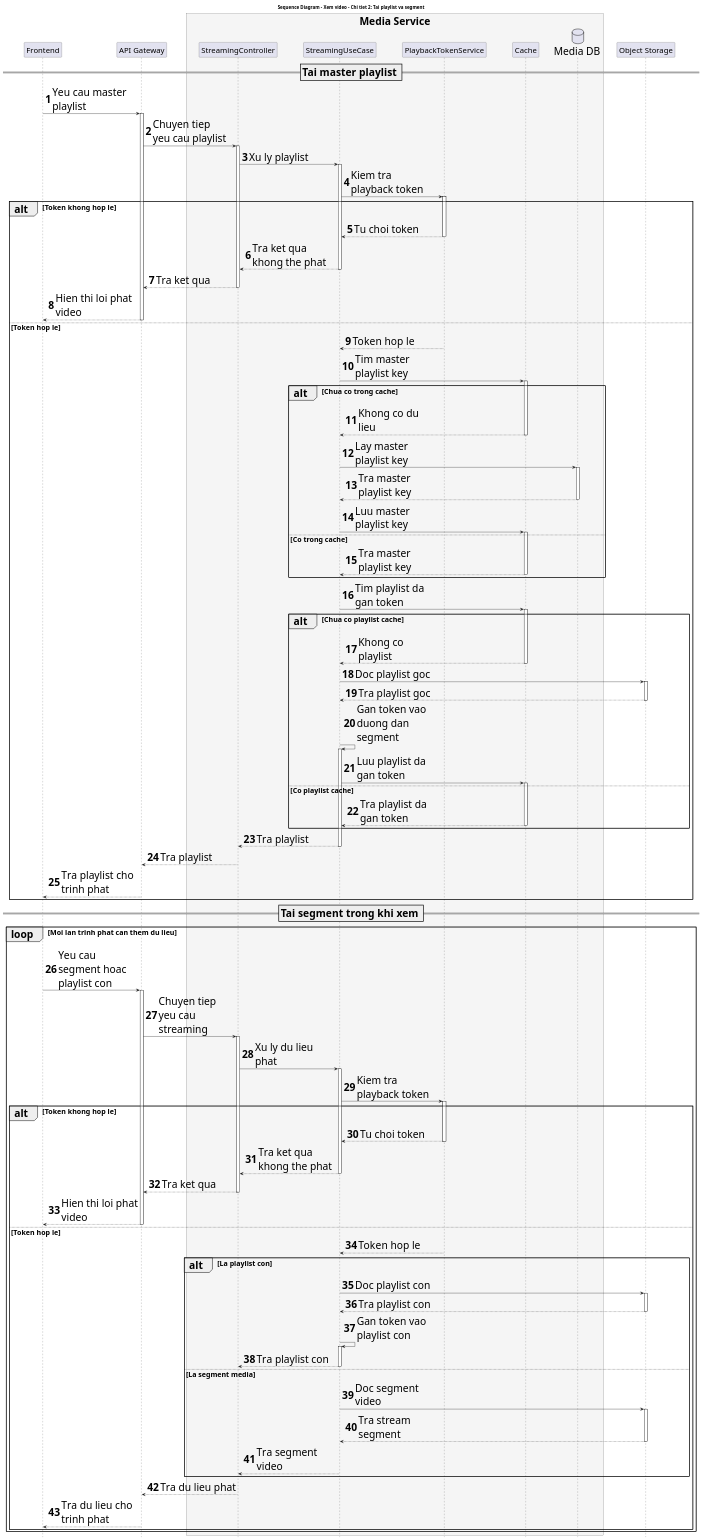
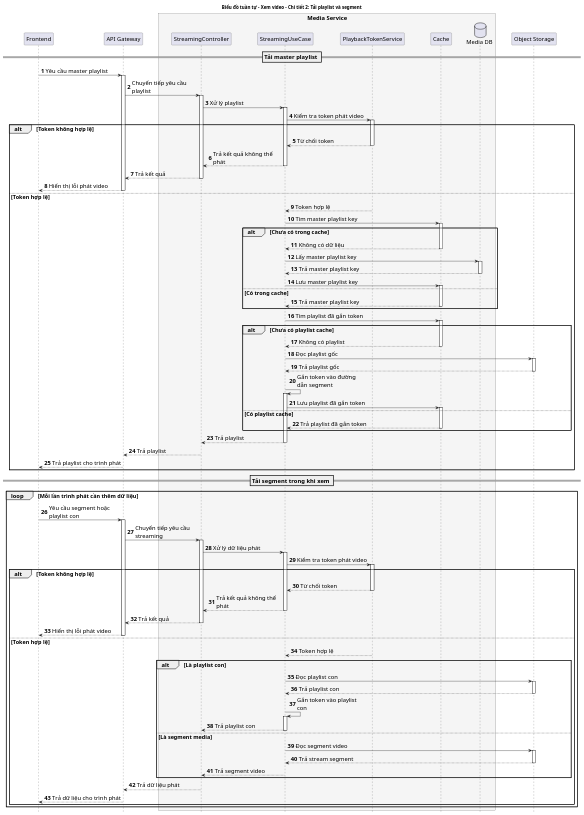
One commit to nanhph04/media-serivce-da changed the diagram in docs/sequence-diagrams/watch-video/watch-video-detail-02-streaming-data.puml. Above: the diagram before and after it, drawn with PlantUML. The commit also changed 36 other files, not shown here.

First line of the commit message:
Refactor and enhance activity and sequence diagrams for video management and admin channel locking

```diff
--- a/docs/sequence-diagrams/watch-video/watch-video-detail-02-streaming-data.puml
+++ b/docs/sequence-diagrams/watch-video/watch-video-detail-02-streaming-data.puml
@@ -1,105 +1,106 @@
 @startuml
-title Sequence Diagram - Xem video - Chi tiet 2: Tai playlist va segment
+title Biểu đồ tuần tự - Xem video - Chi tiết 2: Tải playlist và segment
 autonumber
 autoactivate on
 hide footbox
 
-skinparam maxMessageSize 240
+skinparam maxMessageSize 220
 skinparam ParticipantPadding 36
-skinparam defaultFontSize 32
+skinparam defaultFontSize 18
 skinparam sequence {
-  ActorFontSize 24
-  ParticipantFontSize 24
-  MessageFontSize 22
-  GroupFontSize 22
-  ReferenceFontSize 22
+  ActorFontSize 18
+  ParticipantFontSize 18
+  MessageFontSize 17
+  GroupFontSize 17
+  ReferenceFontSize 17
 }
+skinparam BoxPadding 8
 
 participant "Frontend" as FE
 participant "API Gateway" as GW
 
 box "Media Service" #F5F5F5
   participant "StreamingController" as SC
   participant "StreamingUseCase" as StreamUC
   participant "PlaybackTokenService" as Token
   participant "Cache" as Cache
   database "Media DB" as DB
 end box
 
 participant "Object Storage" as Storage
 
-== Tai master playlist ==
+== Tải master playlist ==
 
-FE -> GW: Yeu cau master playlist
-GW -> SC: Chuyen tiep yeu cau playlist
-SC -> StreamUC: Xu ly playlist
-StreamUC -> Token: Kiem tra playback token
+FE -> GW: Yêu cầu master playlist
+GW -> SC: Chuyển tiếp yêu cầu playlist
+SC -> StreamUC: Xử lý playlist
+StreamUC -> Token: Kiểm tra token phát video
 
-alt Token khong hop le
-  Token --> StreamUC: Tu choi token
-  StreamUC --> SC: Tra ket qua khong the phat
-  SC --> GW: Tra ket qua
-  GW --> FE: Hien thi loi phat video
-else Token hop le
-  Token --> StreamUC: Token hop le
-  StreamUC -> Cache: Tim master playlist key
+alt Token không hợp lệ
+  Token --> StreamUC: Từ chối token
+  StreamUC --> SC: Trả kết quả không thể phát
+  SC --> GW: Trả kết quả
+  GW --> FE: Hiển thị lỗi phát video
+else Token hợp lệ
+  Token --> StreamUC: Token hợp lệ
+  StreamUC -> Cache: Tìm master playlist key
 
-  alt Chua co trong cache
-    Cache --> StreamUC: Khong co du lieu
-    StreamUC -> DB: Lay master playlist key
-    DB --> StreamUC: Tra master playlist key
-    StreamUC -> Cache: Luu master playlist key
-  else Co trong cache
-    Cache --> StreamUC: Tra master playlist key
+  alt Chưa có trong cache
+    Cache --> StreamUC: Không có dữ liệu
+    StreamUC -> DB: Lấy master playlist key
+    DB --> StreamUC: Trả master playlist key
+    StreamUC -> Cache: Lưu master playlist key
+  else Có trong cache
+    Cache --> StreamUC: Trả master playlist key
   end
 
-  StreamUC -> Cache: Tim playlist da gan token
+  StreamUC -> Cache: Tìm playlist đã gắn token
 
-  alt Chua co playlist cache
-    Cache --> StreamUC: Khong co playlist
-    StreamUC -> Storage: Doc playlist goc
-    Storage --> StreamUC: Tra playlist goc
-    StreamUC -> StreamUC: Gan token vao duong dan segment
-    StreamUC -> Cache: Luu playlist da gan token
-  else Co playlist cache
-    Cache --> StreamUC: Tra playlist da gan token
+  alt Chưa có playlist cache
+    Cache --> StreamUC: Không có playlist
+    StreamUC -> Storage: Đọc playlist gốc
+    Storage --> StreamUC: Trả playlist gốc
+    StreamUC -> StreamUC: Gắn token vào đường dẫn segment
+    StreamUC -> Cache: Lưu playlist đã gắn token
+  else Có playlist cache
+    Cache --> StreamUC: Trả playlist đã gắn token
   end
 
-  StreamUC --> SC: Tra playlist
-  SC --> GW: Tra playlist
-  GW --> FE: Tra playlist cho trinh phat
+  StreamUC --> SC: Trả playlist
+  SC --> GW: Trả playlist
+  GW --> FE: Trả playlist cho trình phát
 end
 
-== Tai segment trong khi xem ==
+== Tải segment trong khi xem ==
 
-loop Moi lan trinh phat can them du lieu
-  FE -> GW: Yeu cau segment hoac playlist con
-  GW -> SC: Chuyen tiep yeu cau streaming
-  SC -> StreamUC: Xu ly du lieu phat
-  StreamUC -> Token: Kiem tra playback token
+loop Mỗi lần trình phát cần thêm dữ liệu
+  FE -> GW: Yêu cầu segment hoặc playlist con
+  GW -> SC: Chuyển tiếp yêu cầu streaming
+  SC -> StreamUC: Xử lý dữ liệu phát
+  StreamUC -> Token: Kiểm tra token phát video
 
-  alt Token khong hop le
-    Token --> StreamUC: Tu choi token
-    StreamUC --> SC: Tra ket qua khong the phat
-    SC --> GW: Tra ket qua
-    GW --> FE: Hien thi loi phat video
-  else Token hop le
-    Token --> StreamUC: Token hop le
+  alt Token không hợp lệ
+    Token --> StreamUC: Từ chối token
+    StreamUC --> SC: Trả kết quả không thể phát
+    SC --> GW: Trả kết quả
+    GW --> FE: Hiển thị lỗi phát video
+  else Token hợp lệ
+    Token --> StreamUC: Token hợp lệ
 
-    alt La playlist con
-      StreamUC -> Storage: Doc playlist con
-      Storage --> StreamUC: Tra playlist con
-      StreamUC -> StreamUC: Gan token vao playlist con
-      StreamUC --> SC: Tra playlist con
-    else La segment media
-      StreamUC -> Storage: Doc segment video
-      Storage --> StreamUC: Tra stream segment
-      StreamUC --> SC: Tra segment video
+    alt Là playlist con
+      StreamUC -> Storage: Đọc playlist con
+      Storage --> StreamUC: Trả playlist con
+      StreamUC -> StreamUC: Gắn token vào playlist con
+      StreamUC --> SC: Trả playlist con
+    else Là segment media
+      StreamUC -> Storage: Đọc segment video
+      Storage --> StreamUC: Trả stream segment
+      StreamUC --> SC: Trả segment video
     end
 
-    SC --> GW: Tra du lieu phat
-    GW --> FE: Tra du lieu cho trinh phat
+    SC --> GW: Trả dữ liệu phát
+    GW --> FE: Trả dữ liệu cho trình phát
   end
 end
 
 @enduml
```
